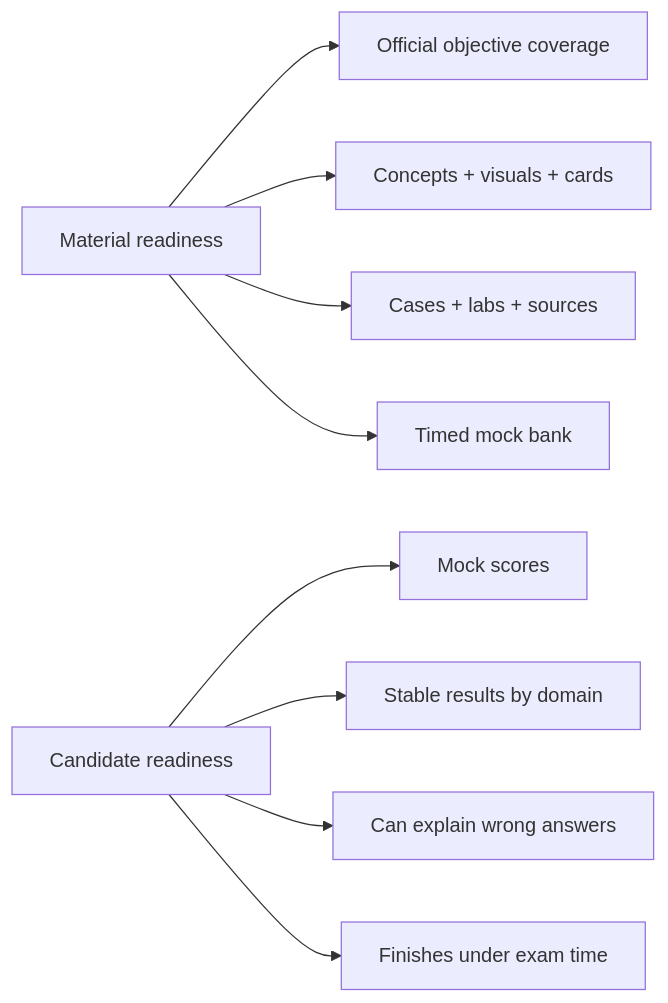
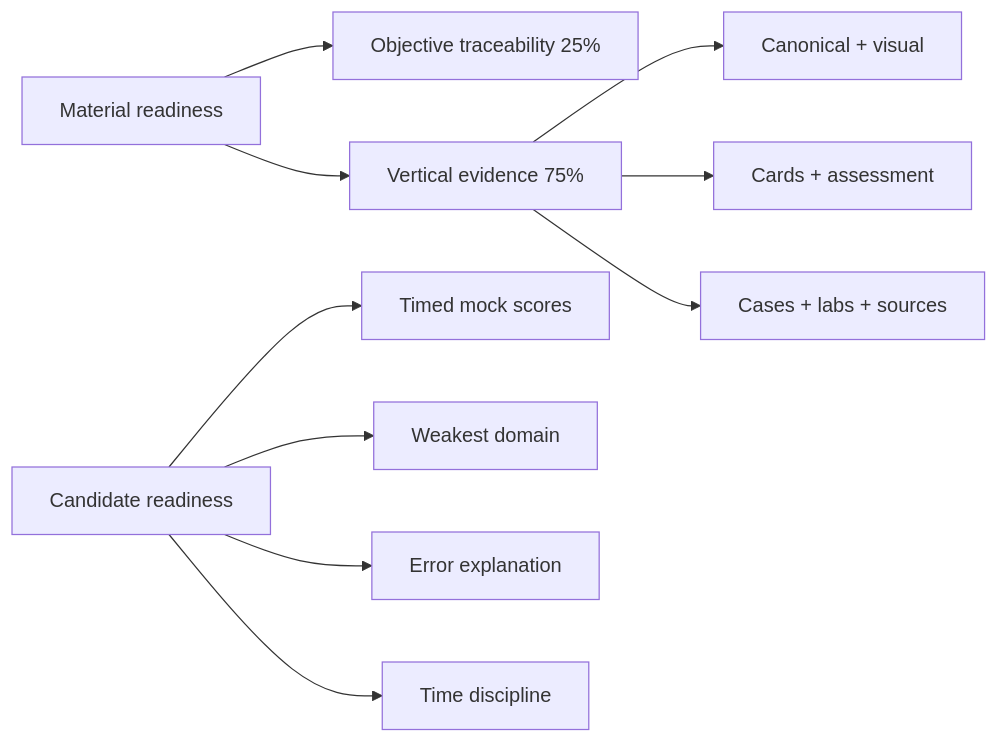
Before and after one commit to alimbetov/obsidian: the first of 2 diagrams in 00_HOME/Certification 99 Percent Readiness Dashboard.md, drawn with Mermaid. The commit also changed other lines of this file, not shown here.

Commit message:
docs: update readiness dashboard for corrected learning model

````diff
--- a/00_HOME/Certification 99 Percent Readiness Dashboard.md
+++ b/00_HOME/Certification 99 Percent Readiness Dashboard.md
@@ -27,11 +29,12 @@
 ```mermaid
 flowchart LR
-    MATERIAL["Material readiness"] --> COVER["Official objective coverage"]
-    MATERIAL --> CONTENT["Concepts + visuals + cards"]
-    MATERIAL --> EVIDENCE["Cases + labs + sources"]
-    MATERIAL --> MOCKBANK["Timed mock bank"]
-    CANDIDATE["Candidate readiness"] --> SCORES["Mock scores"]
-    CANDIDATE --> STABILITY["Stable results by domain"]
-    CANDIDATE --> EXPLAIN["Can explain wrong answers"]
-    CANDIDATE --> TIME["Finishes under exam time"]
+    MATERIAL["Material readiness"] --> OBJ["Objective traceability 25%"]
+    MATERIAL --> VERTICAL["Vertical evidence 75%"]
+    VERTICAL --> THEORY["Canonical + visual"]
+    VERTICAL --> CARDS["Cards + assessment"]
+    VERTICAL --> TRANSFER["Cases + labs + sources"]
+    CANDIDATE["Candidate readiness"] --> MOCK["Timed mock scores"]
+    CANDIDATE --> WEAK["Weakest domain"]
+    CANDIDATE --> EXPLAIN["Error explanation"]
+    CANDIDATE --> TIME["Time discipline"]
 ```
````
